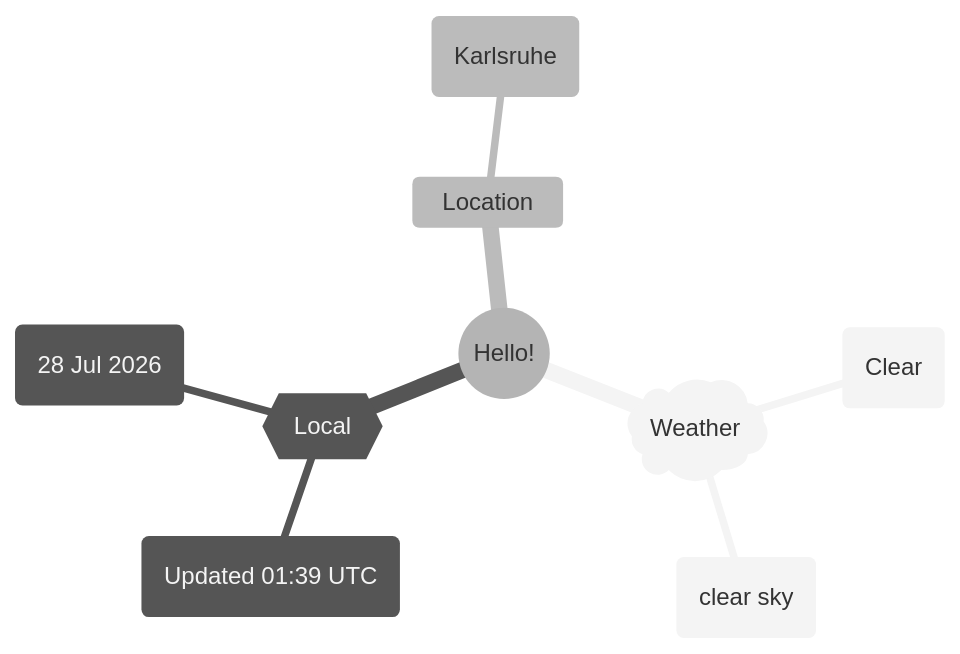
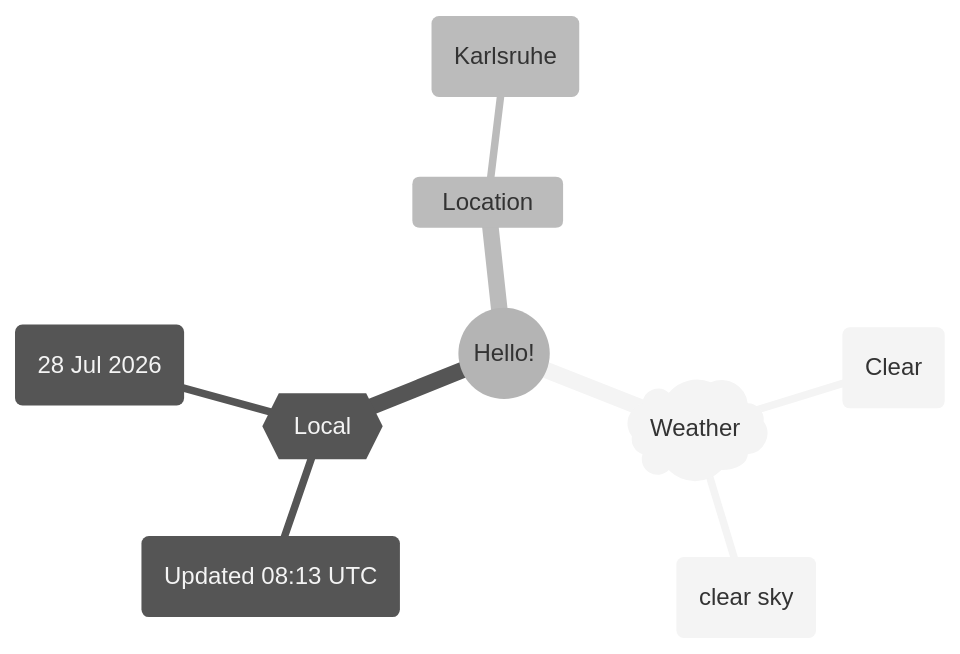
The first of 2 diagrams in README.md (Xosrov/Xosrov), drawn with Mermaid (neutral theme) before and after one commit.

Commit message:
[bot] updated images

````diff
--- a/README.md
+++ b/README.md
@@ -3,12 +3,12 @@
 ```mermaid
 mindmap
   root((Hello!))
     )Weather(
         (Clear)
         (clear sky)
     {{Local}}
-        (Updated 01:39 UTC)
+        (Updated 08:13 UTC)
         (28 Jul 2026)
     Location
         (Karlsruhe)
 ```
````
